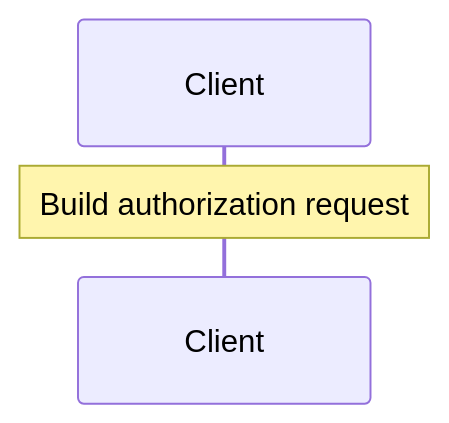
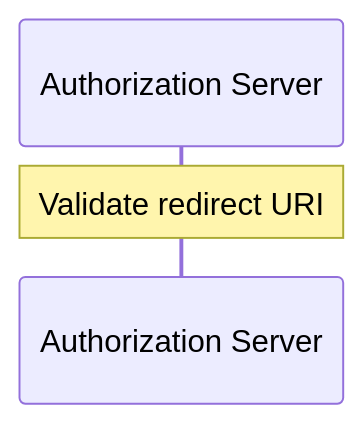
One commit to BehavioML/specifications changed the second of 2 diagrams in docs/design-notes/0005-sequence-diagrammable-workflows.md. Above: the diagram before and after it, drawn with Mermaid. The commit also changed other lines of this file, not shown here.

Commit message:
Refine workflow step sequence semantics

````diff
--- a/docs/design-notes/0005-sequence-diagrammable-workflows.md
+++ b/docs/design-notes/0005-sequence-diagrammable-workflows.md
@@ -220,6 +255,6 @@
 ```mermaid
 sequenceDiagram
-  participant client as Client
+  participant authorization_server as Authorization Server
 
-  Note over client: Build authorization request
+  Note over authorization_server: Validate redirect URI
 ```
````
